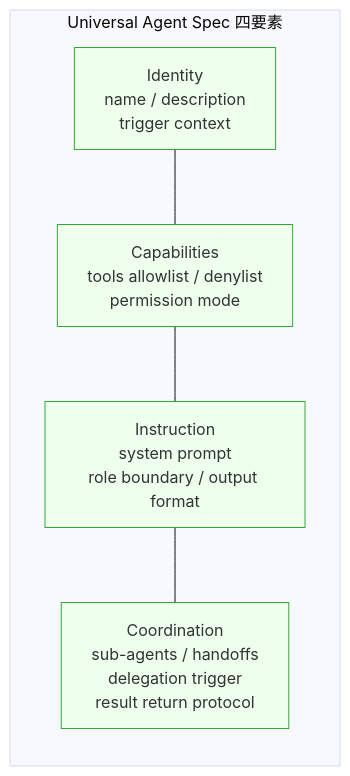
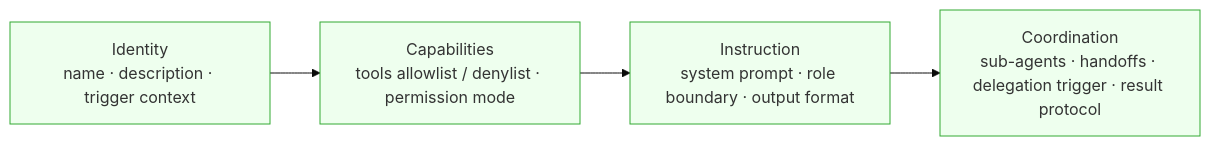
The first of 2 diagrams in book/part-07-ai-era/chH-agent-spec.md (EddyKuo/sa-sd-playbook), drawn with Mermaid (base theme) before and after one commit. The commit also changed other lines of this file, not shown here.

First line of the commit message:
fix(chH): 修正 Mermaid 圖與全文標點問題

````diff
--- a/book/part-07-ai-era/chH-agent-spec.md
+++ b/book/part-07-ai-era/chH-agent-spec.md
@@ -67,17 +67,11 @@
 ```mermaid
-graph LR
-    classDef cold fill:#eef,stroke:#36c
+flowchart LR
     classDef goal fill:#efe,stroke:#3a3
 
-    subgraph UAS["Universal Agent Spec 四要素"]
-      direction TB
-      ID["Identity\nname / description\ntrigger context"]:::goal
-      CAP["Capabilities\ntools allowlist / denylist\npermission mode"]:::goal
-      INS["Instruction\nsystem prompt\nrole boundary / output format"]:::goal
-      COORD["Coordination\nsub-agents / handoffs\ndelegation trigger\nresult return protocol"]:::goal
-    end
+    ID["Identity\nname · description · trigger context"]:::goal
+    CAP["Capabilities\ntools allowlist / denylist · permission mode"]:::goal
+    INS["Instruction\nsystem prompt · role boundary · output format"]:::goal
+    COORD["Coordination\nsub-agents · handoffs · delegation trigger · result protocol"]:::goal
 
-    ID --- CAP
-    CAP --- INS
-    INS --- COORD
+    ID --> CAP --> INS --> COORD
 ```
````
